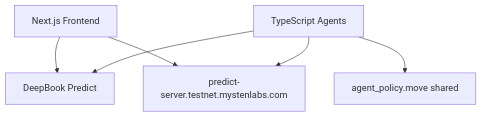
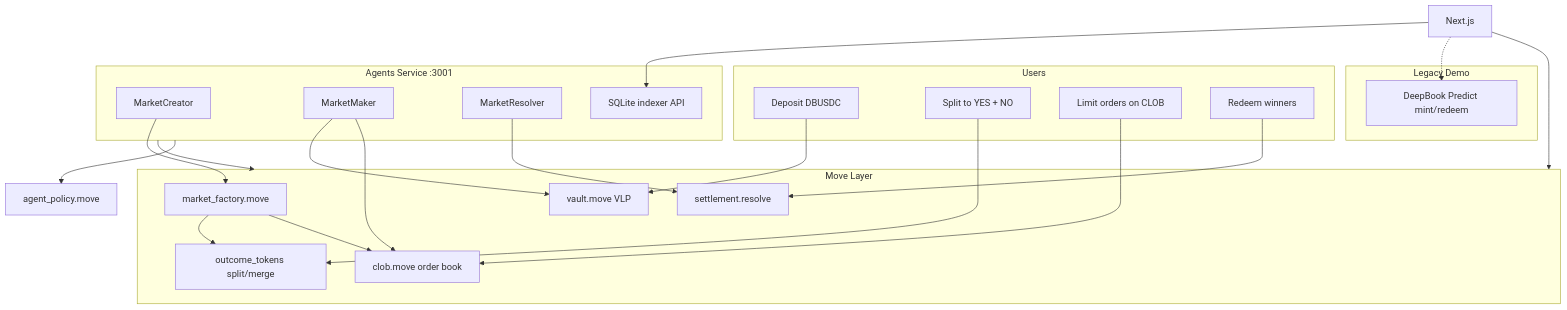
One commit to choguun/SuiPredict-AI changed the diagram in README.md. Above: the diagram before and after it, drawn with Mermaid. The commit also changed other lines of this file and 42 other files, not shown here.

First line of the commit message:
Add Polymarket-style CLOB markets with autonomous agents and legacy Predict split.

````diff
--- a/README.md
+++ b/README.md
@@ -22,8 +21,44 @@
 ```mermaid
 flowchart TD
-    Web[Next.js Frontend] --> Predict[DeepBook Predict]
-    Agents[TypeScript Agents] --> Predict
-    Agents --> Policy[agent_policy.move shared]
-    Web --> API[predict-server.testnet.mystenlabs.com]
-    Agents --> API
+    subgraph users [Users]
+        Deposit[Deposit DBUSDC]
+        Split[Split to YES + NO]
+        Trade[Limit orders on CLOB]
+        Redeem[Redeem winners]
+    end
+
+    subgraph onchain [Move Layer]
+        Vault[vault.move VLP]
+        Factory[market_factory.move]
+        Tokens[outcome_tokens split/merge]
+        CLOB[clob.move order book]
+        Settlement[settlement.resolve]
+    end
+
+    subgraph agents [Agents Service :3001]
+        Creator[MarketCreator]
+        Maker[MarketMaker]
+        Resolver[MarketResolver]
+        Indexer[SQLite indexer API]
+    end
+
+    subgraph legacy [Legacy Demo]
+        Predict[DeepBook Predict mint/redeem]
+    end
+
+    Deposit --> Vault
+    Creator --> Factory
+    Factory --> Tokens
+    Factory --> CLOB
+    Maker --> Vault
+    Maker --> CLOB
+    Split --> Tokens
+    Trade --> CLOB
+    Resolver --> Settlement
+    Redeem --> Settlement
+    Web[Next.js] --> Indexer
+    Web --> onchain
+    Web -.-> Predict
+    agents --> onchain
+    agents --> Policy[agent_policy.move]
 ```
````
